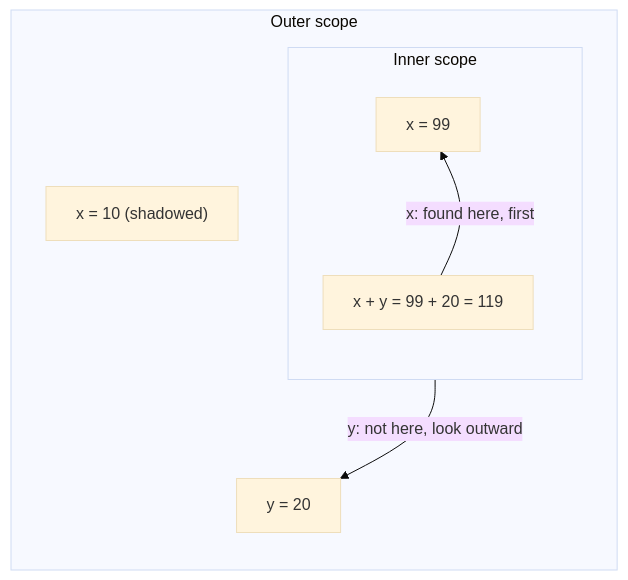
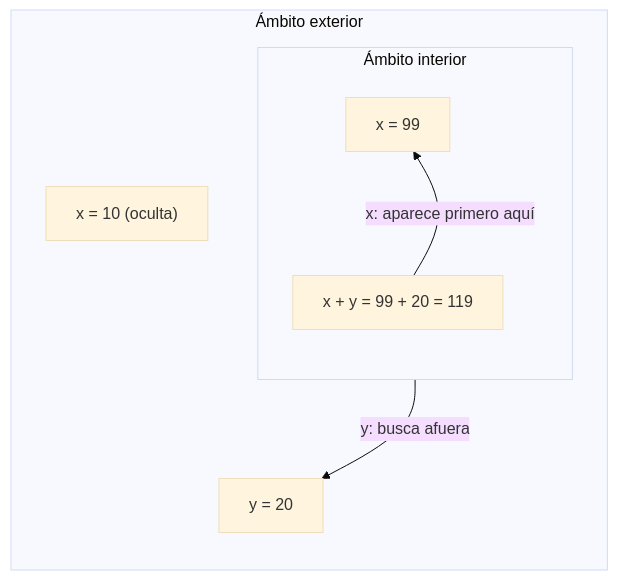
The diagram in lessons/cs-source/concepts/scope-and-binding.md (dullroar/aprende-a-programar-como-un-bicho-raro), drawn with Mermaid (base theme) before and after one commit. The commit also changed other lines of this file and 42 other files, not shown here.

````diff
--- a/lessons/cs-source/concepts/scope-and-binding.md
+++ b/lessons/cs-source/concepts/scope-and-binding.md
@@ -8,15 +8,15 @@
 ```mermaid
 flowchart TB
-    accTitle: Scope sets the search region for a name, and binding is the value the name resolves to
-    accDescr: Two nested boxes. The outer scope binds x to 10 and y to 20. The inner scope, drawn inside it, binds x to 99. An expression x plus y runs inside the inner scope. The lookup for x finds x equals 99 in the inner scope first, so the outer x is shadowed. The lookup for y finds nothing in the inner scope, so it goes outward and finds y equals 20. The result is 99 plus 20, which is 119.
-    subgraph OUT["Outer scope"]
+    accTitle: El ámbito fija dónde se busca un nombre. El enlace es el valor al que remite el nombre
+    accDescr: Dos recuadros anidados. El ámbito exterior enlaza x con 10 e y con 20. El ámbito interior, dibujado dentro del exterior, enlaza x con 99. La expresión x más y se evalúa en el ámbito interior. La búsqueda de x encuentra primero x igual a 99 en el ámbito interior. Esa x oculta la del ámbito exterior. La búsqueda de y no encuentra nada en el ámbito interior, así que sigue hacia afuera y encuentra y igual a 20. El resultado es 99 más 20, que da 119.
+    subgraph OUT["Ámbito exterior"]
         direction TB
-        ox["x = 10 (shadowed)"] ~~~ oy["y = 20"]
-        subgraph INN["Inner scope"]
+        ox["x = 10 (oculta)"] ~~~ oy["y = 20"]
+        subgraph INN["Ámbito interior"]
             direction TB
             ix["x = 99"] ~~~ use["x + y = 99 + 20 = 119"]
         end
     end
-    use -->|"x: found here, first"| ix
-    use -->|"y: not here, look outward"| oy
+    use -->|"x: aparece primero aquí"| ix
+    use -->|"y: busca afuera"| oy
 ```
````
